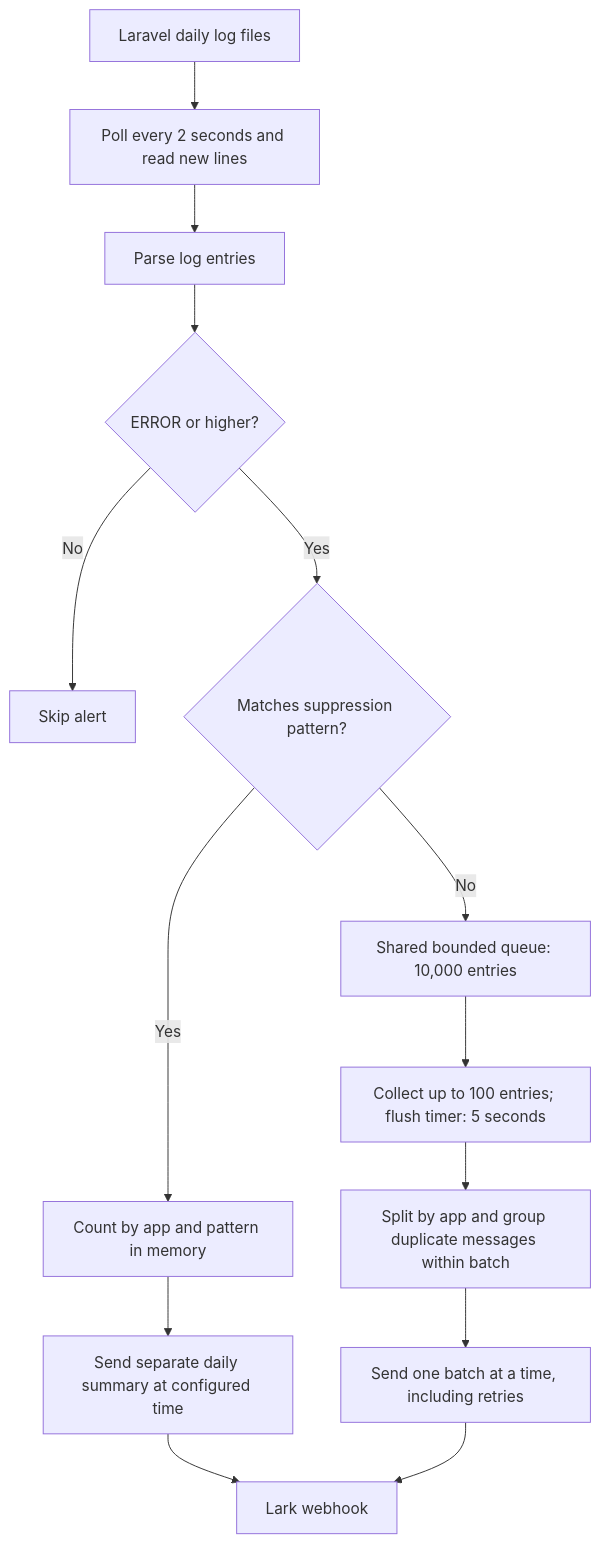
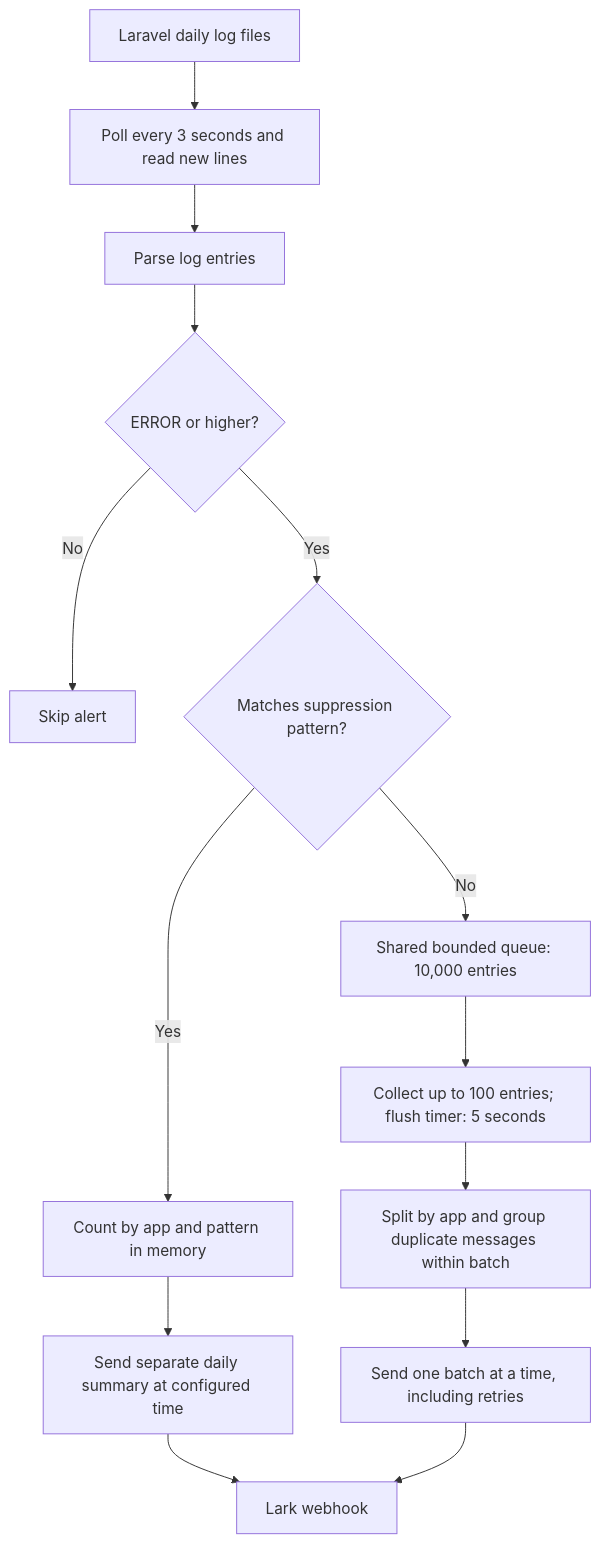
One commit to sithuaung/lara_log_collector changed the first of 2 diagrams in README.md. Above: the diagram before and after it, drawn with Mermaid. The commit also changed other lines of this file and 4 other files, not shown here.

Commit message:
- 3-second polling: checks Laravel logs every 3 seconds by default.

````diff
--- a/README.md
+++ b/README.md
@@ -23,16 +23,16 @@
 ```mermaid
 flowchart TD
-    Files["Laravel daily log files"] --> Watch["Poll every 2 seconds and read new lines"]
+    Files["Laravel daily log files"] --> Watch["Poll every 3 seconds and read new lines"]
     Watch --> Parse["Parse log entries"]
     Parse --> Level{"ERROR or higher?"}
     Level -->|No| Ignore["Skip alert"]
     Level -->|Yes| Suppress{"Matches suppression pattern?"}
     Suppress -->|Yes| Count["Count by app and pattern in memory"]
     Count --> Summary["Send separate daily summary at configured time"]
     Summary --> Lark["Lark webhook"]
     Suppress -->|No| Queue["Shared bounded queue: 10,000 entries"]
     Queue --> Batch["Collect up to 100 entries; flush timer: 5 seconds"]
     Batch --> Group["Split by app and group duplicate messages within batch"]
     Group --> Send["Send one batch at a time, including retries"]
     Send --> Lark
 ```
````
